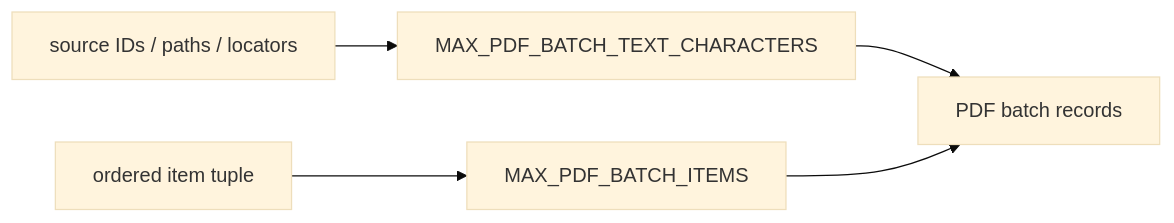
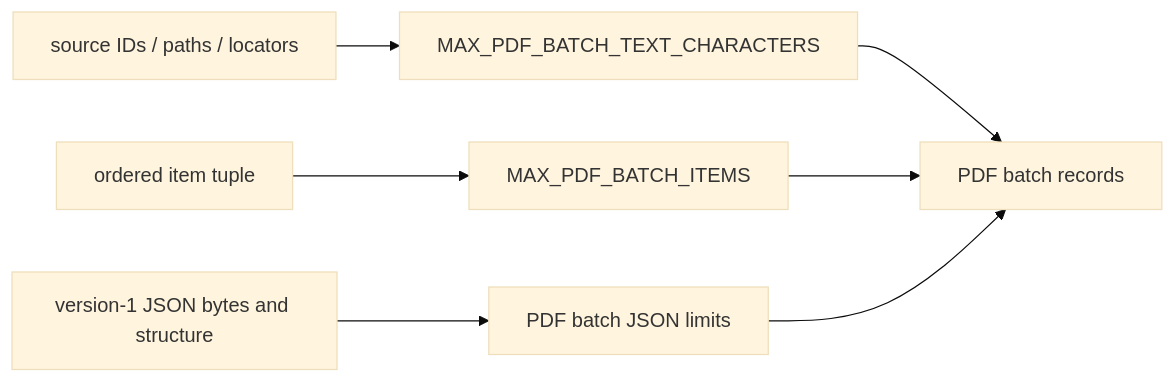
Before and after one commit to eragasa/projectkoios-ingestion: the diagram in docs/architecture/projectkoios/ingestion/pdf/batch/limits/definition/schematic.md, drawn with Mermaid (base theme). The commit also changed other lines of this file and 111 other files, not shown here.

Commit message:
Add bounded JSON contracts and PDF batch hierarchy

````diff
--- a/docs/architecture/projectkoios/ingestion/pdf/batch/limits/definition/schematic.md
+++ b/docs/architecture/projectkoios/ingestion/pdf/batch/limits/definition/schematic.md
@@ -3,11 +3,14 @@
 ```mermaid
 flowchart LR
     Text["source IDs / paths / locators"]
     Items["ordered item tuple"]
     TextLimit["MAX_PDF_BATCH_TEXT_CHARACTERS"]
     ItemLimit["MAX_PDF_BATCH_ITEMS"]
     Records["PDF batch records"]
+    Wire["version-1 JSON bytes and structure"]
+    WireLimits["PDF batch JSON limits"]
 
     Text --> TextLimit --> Records
     Items --> ItemLimit --> Records
+    Wire --> WireLimits --> Records
 ```
````
